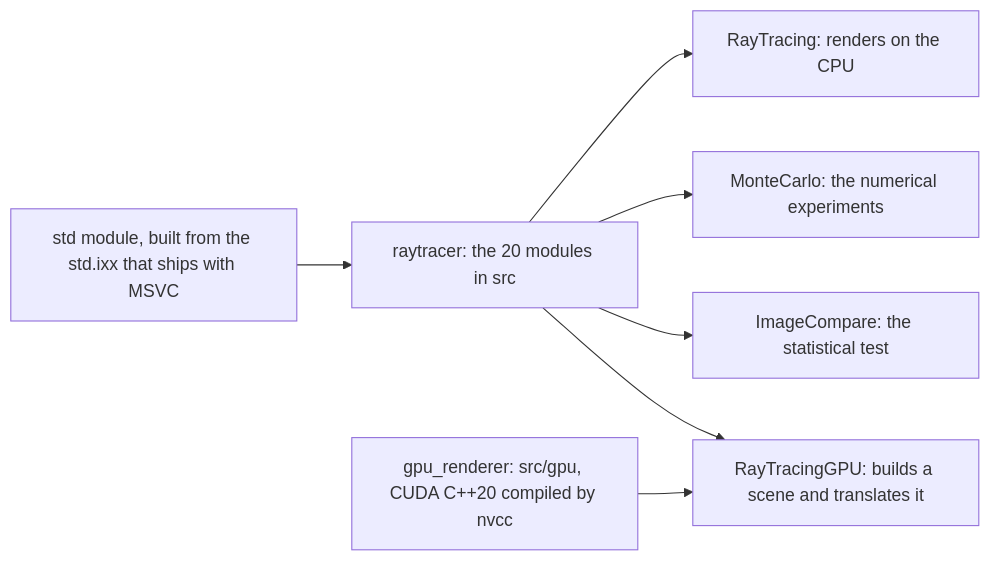
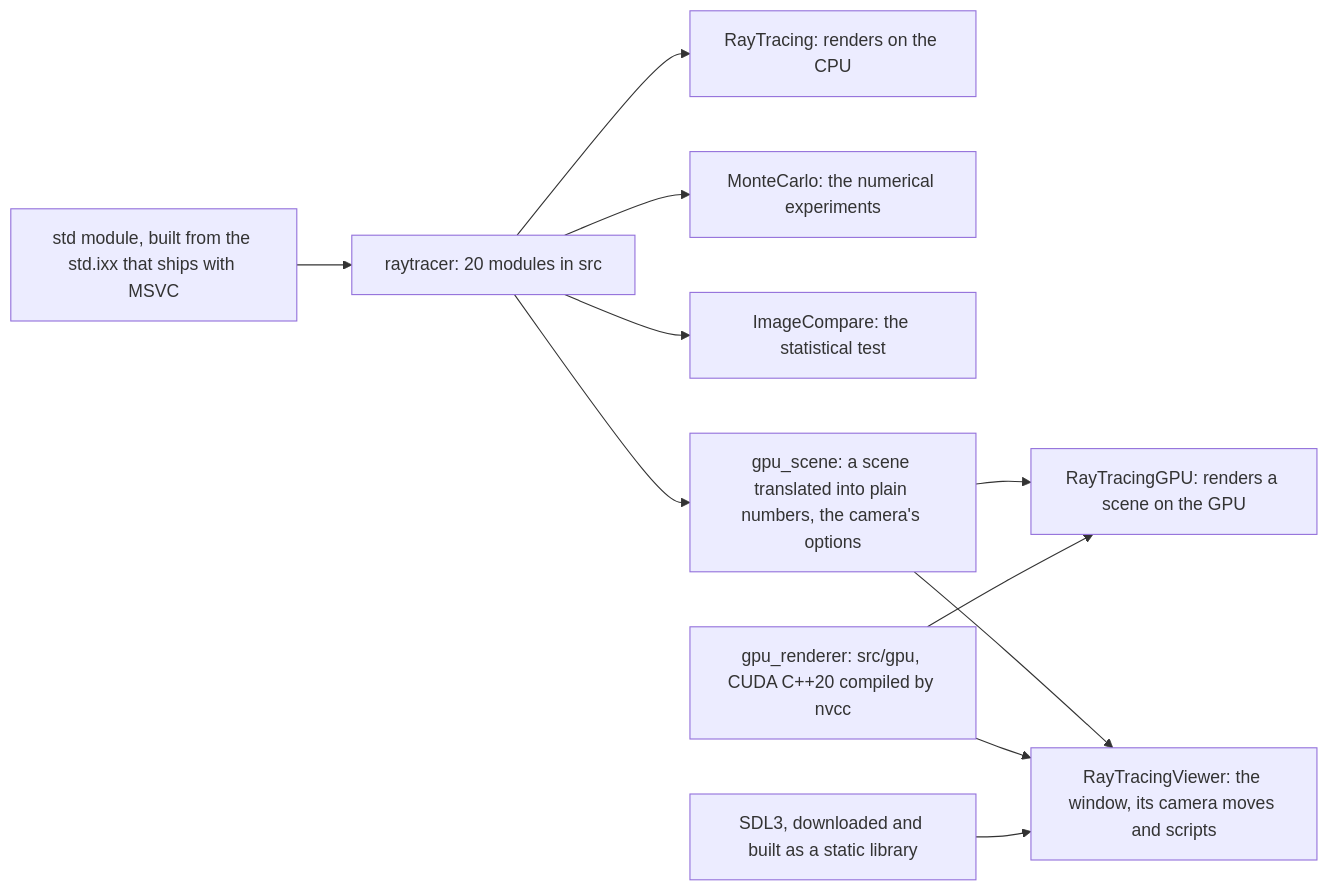
One commit to DaniilK19/RayTracing changed the diagram in docs/architecture.md. Above: the diagram before and after it, drawn with Mermaid. The commit also changed other lines of this file and 8 other files, not shown here.

````diff
--- a/docs/architecture.md
+++ b/docs/architecture.md
@@ -56,9 +63,13 @@
 ```mermaid
 flowchart LR
-    std["std module, built from the std.ixx that ships with MSVC"] --> lib["raytracer: the 20 modules in src"]
+    std["std module, built from the std.ixx that ships with MSVC"] --> lib["raytracer: 20 modules in src"]
     lib --> rt["RayTracing: renders on the CPU"]
     lib --> mc["MonteCarlo: the numerical experiments"]
     lib --> ic["ImageCompare: the statistical test"]
-    lib --> gp["RayTracingGPU: builds a scene and translates it"]
+    lib --> gs["gpu_scene: a scene translated into plain numbers, the camera's options"]
+    gs --> gp["RayTracingGPU: renders a scene on the GPU"]
+    gs --> vw["RayTracingViewer: the window, its camera moves and scripts"]
     cu["gpu_renderer: src/gpu, CUDA C++20 compiled by nvcc"] --> gp
+    cu --> vw
+    sdl["SDL3, downloaded and built as a static library"] --> vw
 ```
````
